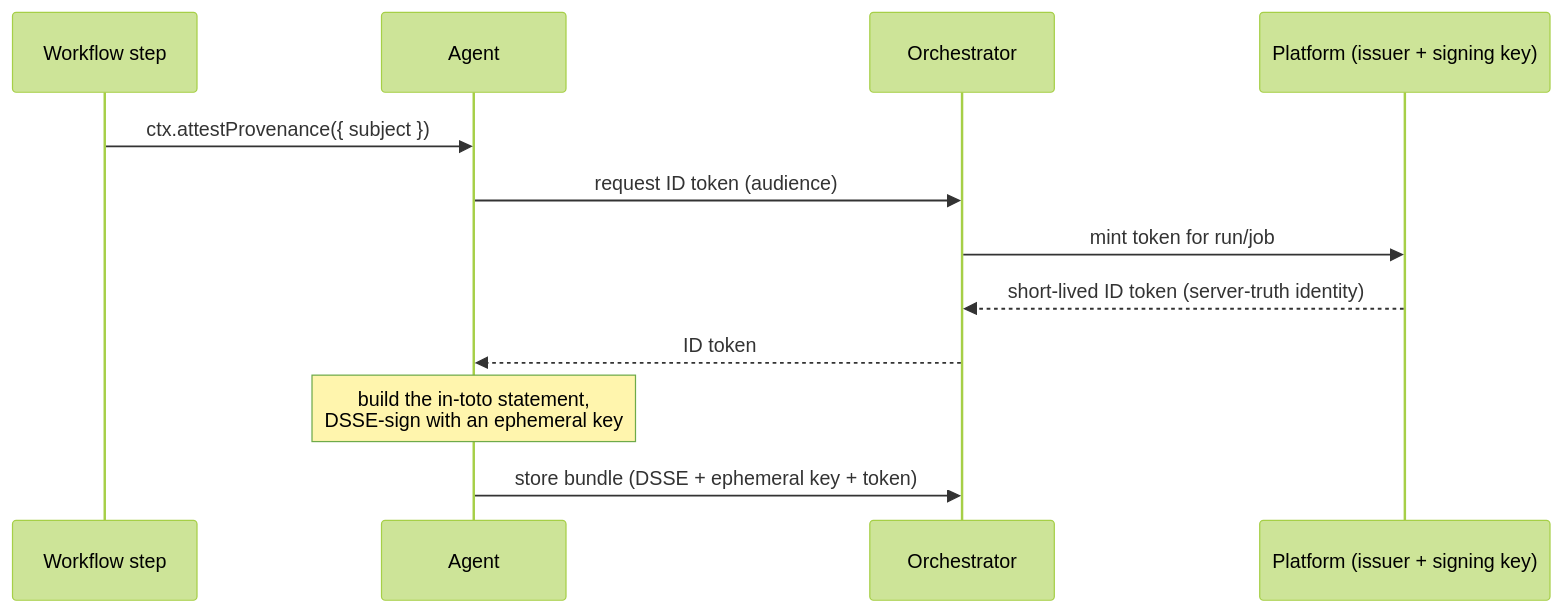
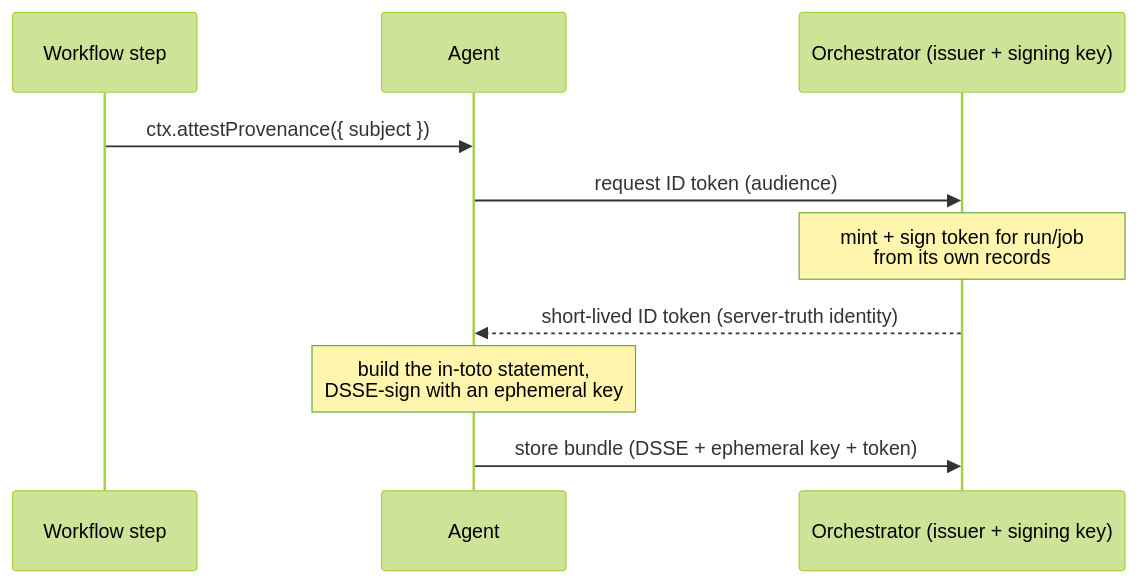
One commit to kici-dev/kici-public changed the diagram in docs/architecture/security/provenance.md. Above: the diagram before and after it, drawn with Mermaid (forest theme). The commit also changed other lines of this file and 1147 other files, not shown here.

````diff
--- a/docs/architecture/security/provenance.md
+++ b/docs/architecture/security/provenance.md
@@ -18,14 +19,12 @@
 ```mermaid
 sequenceDiagram
     participant Step as Workflow step
     participant Agent
-    participant Orchestrator
-    participant Platform as Platform (issuer + signing key)
+    participant Orchestrator as Orchestrator (issuer + signing key)
     Step->>Agent: ctx.attestProvenance({ subject })
     Agent->>Orchestrator: request ID token (audience)
-    Orchestrator->>Platform: mint token for run/job
-    Platform-->>Orchestrator: short-lived ID token (server-truth identity)
-    Orchestrator-->>Agent: ID token
+    Note over Orchestrator: mint + sign token for run/job<br/>from its own records
+    Orchestrator-->>Agent: short-lived ID token (server-truth identity)
     Note over Agent: build the in-toto statement,<br/>DSSE-sign with an ephemeral key
     Agent->>Orchestrator: store bundle (DSSE + ephemeral key + token)
 ```
````
